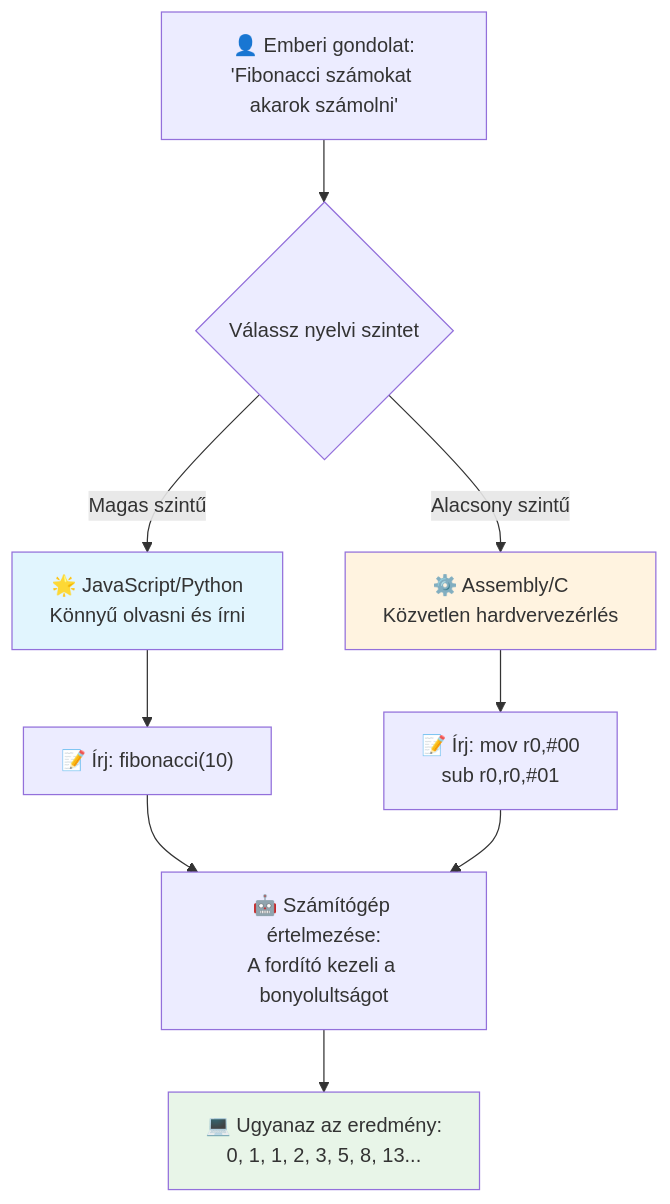
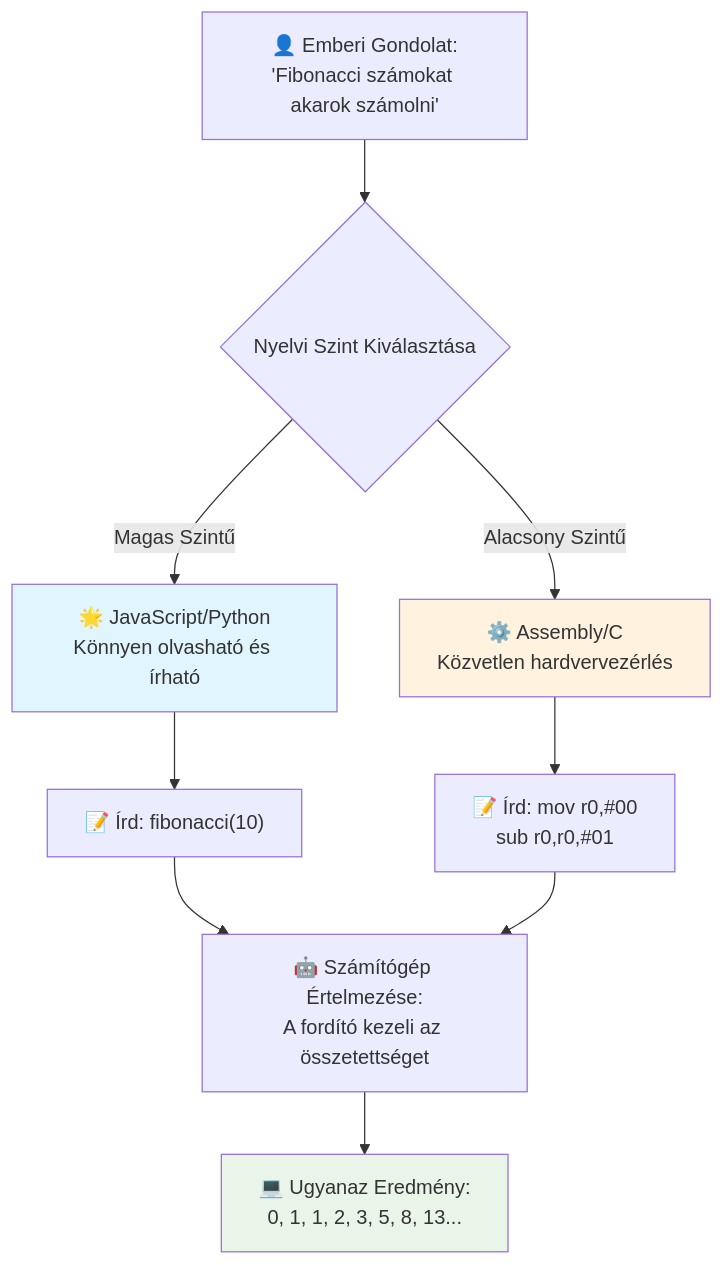
The third of 7 diagrams in translations/hu/1-getting-started-lessons/1-intro-to-programming-languages/README.md (microsoft/Web-Dev-For-Beginners), drawn with Mermaid before and after one commit. The commit also changed other lines of this file and 8 other files, not shown here.

````diff
--- a/translations/hu/1-getting-started-lessons/1-intro-to-programming-languages/README.md
+++ b/translations/hu/1-getting-started-lessons/1-intro-to-programming-languages/README.md
@@ -148,19 +148,19 @@
 ```mermaid
 flowchart TB
-    A["👤 Emberi gondolat:<br/>'Fibonacci számokat akarok számolni'"] --> B{Válassz nyelvi szintet}
+    A["👤 Emberi Gondolat:<br/>'Fibonacci számokat akarok számolni'"] --> B{Nyelvi Szint Kiválasztása}
     
-    B -->|Magas szintű| C["🌟 JavaScript/Python<br/>Könnyű olvasni és írni"]
-    B -->|Alacsony szintű| D["⚙️ Assembly/C<br/>Közvetlen hardvervezérlés"]
+    B -->|Magas Szintű| C["🌟 JavaScript/Python<br/>Könnyen olvasható és írható"]
+    B -->|Alacsony Szintű| D["⚙️ Assembly/C<br/>Közvetlen hardvervezérlés"]
     
-    C --> E["📝 Írj: fibonacci(10)"]
-    D --> F["📝 Írj: mov r0,#00<br/>sub r0,r0,#01"]
+    C --> E["📝 Írd: fibonacci(10)"]
+    D --> F["📝 Írd: mov r0,#00<br/>sub r0,r0,#01"]
     
-    E --> G["🤖 Számítógép értelmezése:<br/>A fordító kezeli a bonyolultságot"]
+    E --> G["🤖 Számítógép Értelmezése:<br/>A fordító kezeli az összetettséget"]
     F --> G
     
-    G --> H["💻 Ugyanaz az eredmény:<br/>0, 1, 1, 2, 3, 5, 8, 13..."]
+    G --> H["💻 Ugyanaz Eredmény:<br/>0, 1, 1, 2, 3, 5, 8, 13..."]
     
     style C fill:#e1f5fe
     style D fill:#fff3e0
     style H fill:#e8f5e8
 ```
````
